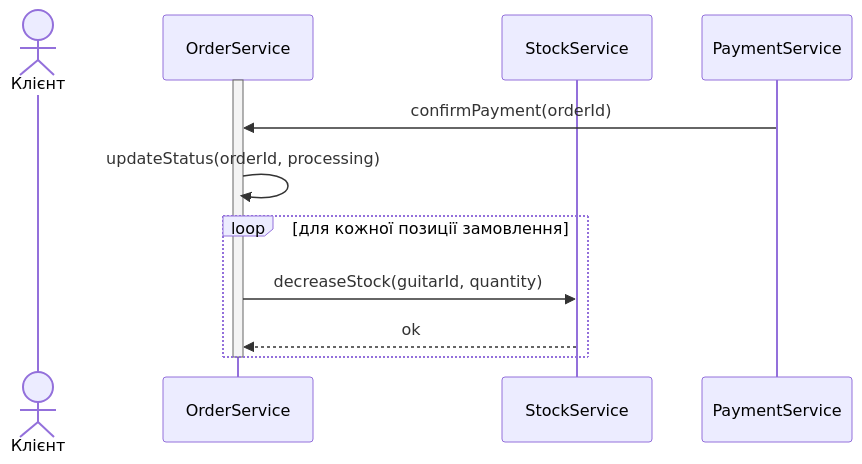
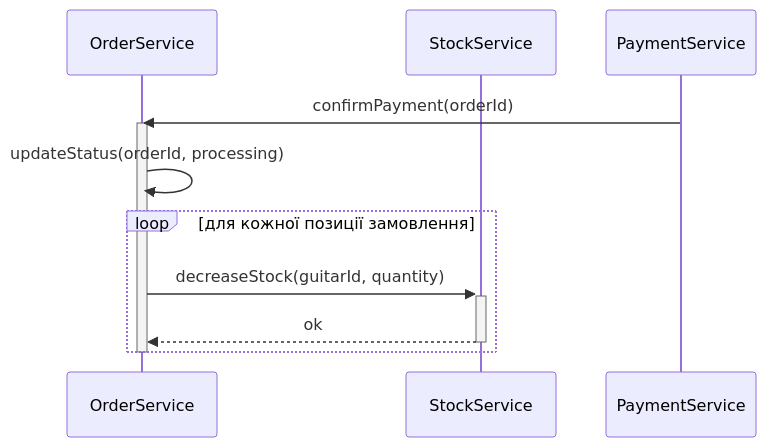
Before and after one commit to skhtrntyjt/KPI2: the first of 4 diagrams in lab3/sequence-diagrams.md, drawn with Mermaid. The commit also changed other lines of this file, not shown here.

````diff
--- a/lab3/sequence-diagrams.md
+++ b/lab3/sequence-diagrams.md
@@ -2,16 +2,15 @@
 ```mermaid
 sequenceDiagram
-    actor Клієнт
-    participant OrderService
+  participant OrderService
     participant StockService
     participant PaymentService
 
+    PaymentService ->> OrderService: confirmPayment(orderId)
     activate OrderService
-    PaymentService ->> OrderService: confirmPayment(orderId)
     OrderService ->> OrderService: updateStatus(orderId, processing)
     loop для кожної позиції замовлення
-        OrderService ->> StockService: decreaseStock(guitarId, quantity)
-        StockService -->> OrderService: ok
+        OrderService ->>+ StockService: decreaseStock(guitarId, quantity)
+        StockService -->>- OrderService: ok
     end
     deactivate OrderService
 ```
````
